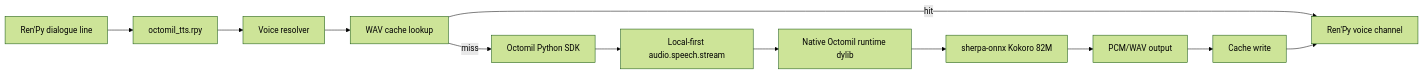
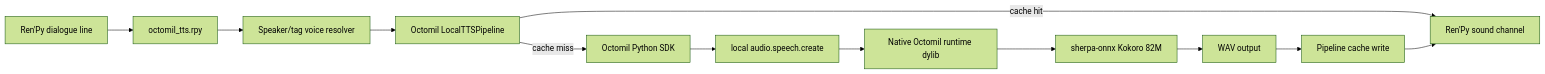
Before and after one commit to octomil/octomil-renpy-tts-demo: the diagram in docs/architecture.md, drawn with Mermaid (forest theme). The commit also changed other lines of this file and 9 other files, not shown here.

````diff
--- a/docs/architecture.md
+++ b/docs/architecture.md
@@ -3,14 +3,14 @@
 ```mermaid
 flowchart LR
     A["Ren'Py dialogue line"] --> B["octomil_tts.rpy"]
-    B --> C["Voice resolver"]
-    C --> D["WAV cache lookup"]
-    D -->|hit| E["Ren'Py voice channel"]
-    D -->|miss| F["Octomil Python SDK"]
-    F --> G["Local-first audio.speech.stream"]
+    B --> C["Speaker/tag voice resolver"]
+    C --> D["Octomil LocalTTSPipeline"]
+    D -->|cache hit| E["Ren'Py sound channel"]
+    D -->|cache miss| F["Octomil Python SDK"]
+    F --> G["local audio.speech.create"]
     G --> H["Native Octomil runtime dylib"]
     H --> I["sherpa-onnx Kokoro 82M"]
-    I --> J["PCM/WAV output"]
-    J --> K["Cache write"]
+    I --> J["WAV output"]
+    J --> K["Pipeline cache write"]
     K --> E
 ```
````
